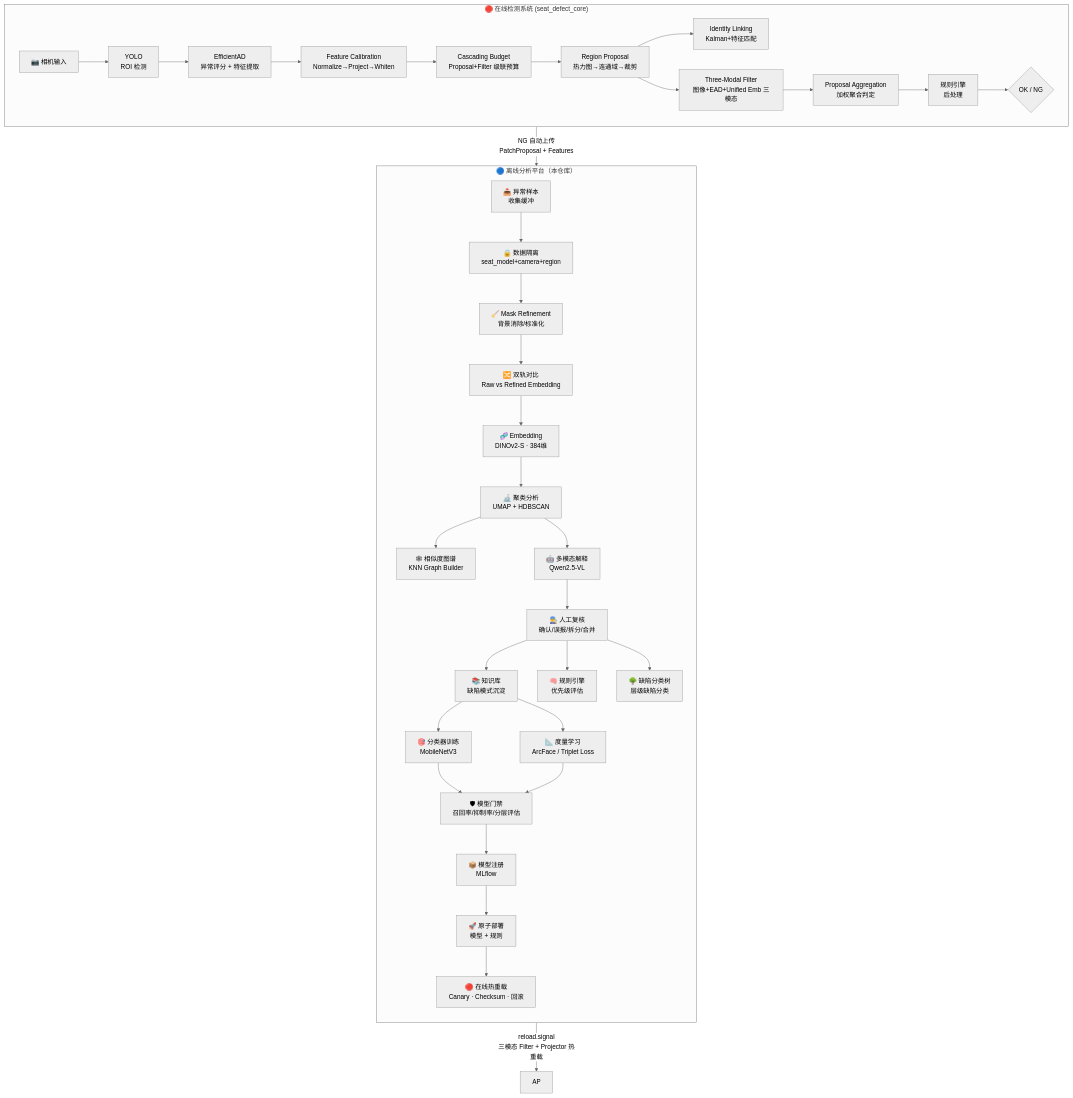
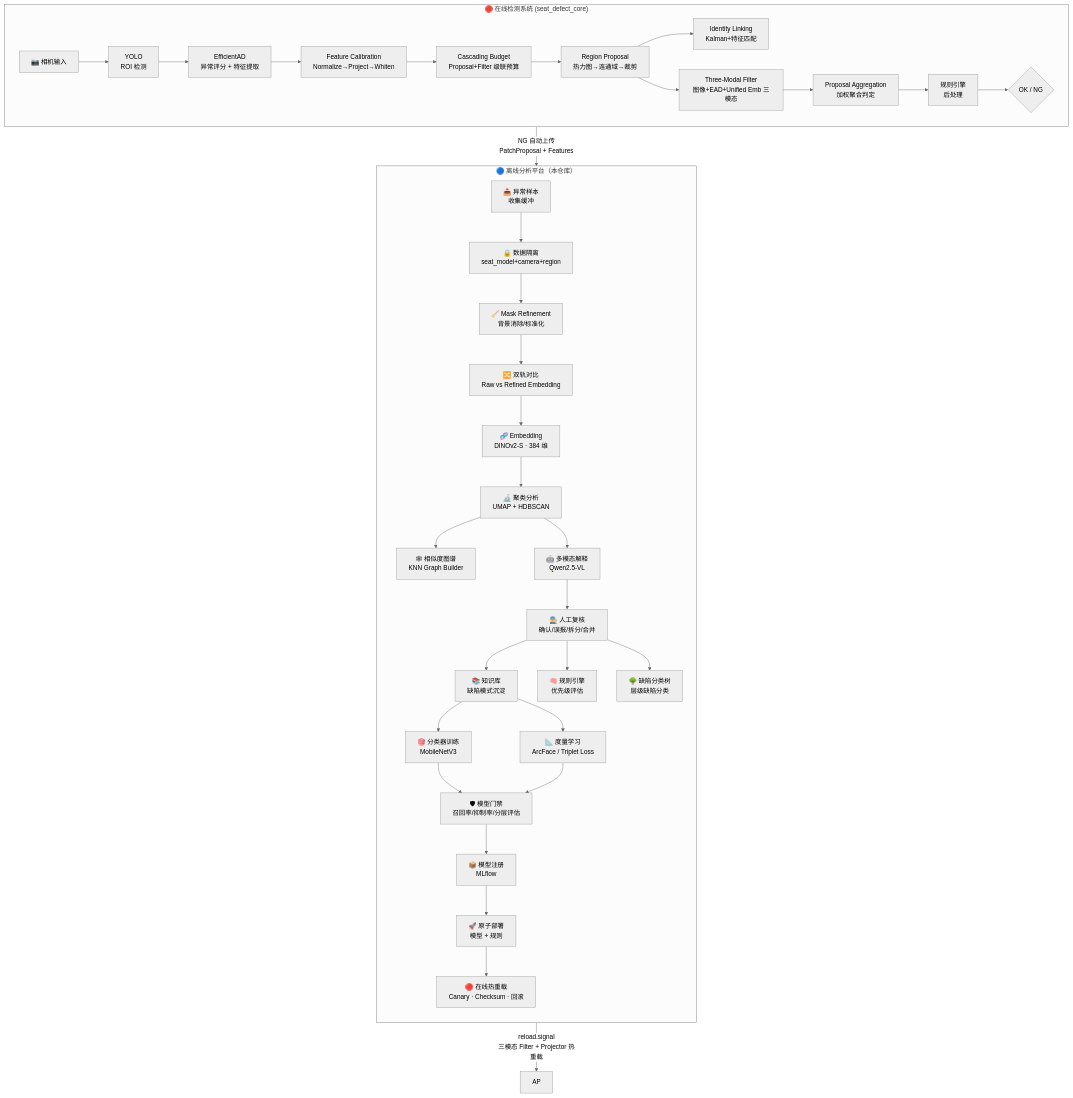
The diagram in README.md (celien99/offline-analysis-platform), drawn with Mermaid (neutral theme) before and after one commit. The commit also changed other lines of this file, not shown here.

````diff
--- a/README.md
+++ b/README.md
@@ -35,41 +35,41 @@
 ```mermaid
 flowchart TB
     subgraph ONLINE["🔴 在线检测系统 (seat_defect_core)"]
         direction LR
         CAM["📷 相机输入"] --> YOLO["YOLO<br/>ROI 检测"]
         YOLO --> PC["EfficientAD<br/>异常评分 + 特征提取"]
         PC --> CAL["Feature Calibration<br/>Normalize→Project→Whiten"]
         CAL --> BC["Cascading Budget<br/>Proposal+Filter 级联预算"]
         BC --> RP["Region Proposal<br/>热力图→连通域→裁剪"]
         RP --> IL["Identity Linking<br/>Kalman+特征匹配"]
         RP --> FC["Three-Modal Filter<br/>图像+EAD+Unified Emb 三模态"]
         FC --> AG["Proposal Aggregation<br/>加权聚合判定"]
         AG --> RE["规则引擎<br/>后处理"]
         RE --> DECISION{"OK / NG"}
     end
 
     subgraph OFFLINE["🔵 离线分析平台（本仓库）"]
         direction TB
         INGEST["📥 异常样本<br/>收集缓冲"] --> ISOLATION["🔒 数据隔离<br/>seat_model+camera+region"]
         ISOLATION --> MASK["🧹 Mask Refinement<br/>背景消除/标准化"]
         MASK --> DUAL["🔀 双轨对比<br/>Raw vs Refined Embedding"]
-        DUAL --> EMBED["🧬 Embedding<br/>DINOv2-S · 384维"]
+        DUAL --> EMBED["🧬 Embedding<br/>DINOv2-S · 384 维"]
         EMBED --> CLUSTER["🔬 聚类分析<br/>UMAP + HDBSCAN"]
         CLUSTER --> GRAPH["🕸 相似度图谱<br/>KNN Graph Builder"]
         CLUSTER --> VLM["🤖 多模态解释<br/>Qwen2.5-VL"]
         VLM --> REVIEW["👨‍🔧 人工复核<br/>确认/误报/拆分/合并"]
         REVIEW --> KB["📚 知识库<br/>缺陷模式沉淀"]
         REVIEW --> RULES["🧠 规则引擎<br/>优先级评估"]
         REVIEW --> TAX["🌳 缺陷分类树<br/>层级缺陷分类"]
         KB --> TRAIN["🎯 分类器训练<br/>MobileNetV3"]
         KB --> METRIC["📐 度量学习<br/>ArcFace / Triplet Loss"]
         TRAIN --> GATE["🛡 模型门禁<br/>召回率/抑制率/分层评估"]
         METRIC --> GATE
         GATE --> REGISTRY["📦 模型注册<br/>MLflow"]
         REGISTRY --> DEPLOY["🚀 原子部署<br/>模型 + 规则"]
         DEPLOY --> HOT["🔴 在线热重载<br/>Canary · Checksum · 回滚"]
     end
 
     ONLINE -->|"NG 自动上传<br/>PatchProposal + Features"| INGEST
     HOT -->|"reload.signal<br/>三模态 Filter + Projector 热重载"| AP
 ```
````
